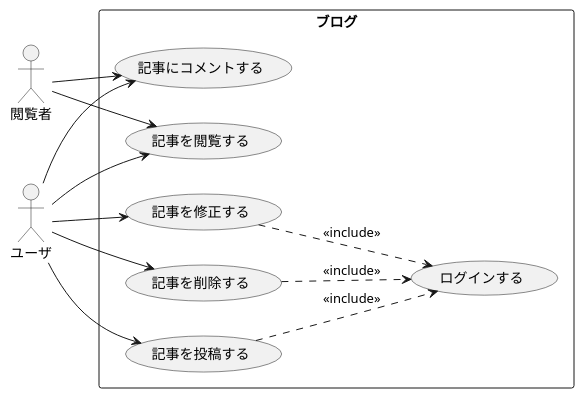
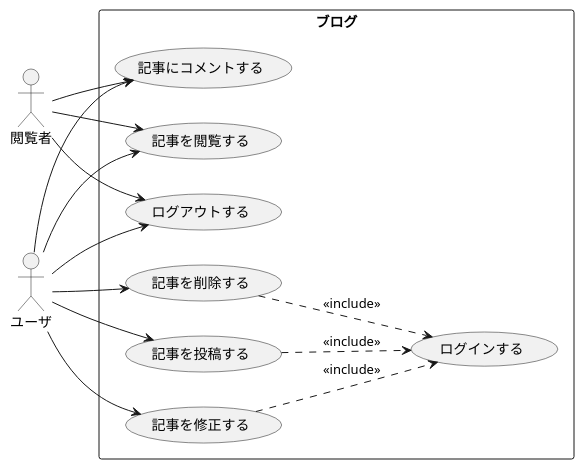
Before and after one commit to zunda-cafe/zunda-devstudy-doc: the diagram in source/ed/use_case.rst, drawn with PlantUML. The commit also changed other lines of this file and 5 other files, not shown here.

```diff
--- a/source/ed/use_case.rst
+++ b/source/ed/use_case.rst
@@ -44,29 +48,32 @@
 .. uml::
 
   @startuml
   left to right direction
   skinparam packageStyle rect
 
   actor :閲覧者: as Visitor
   actor :ユーザ: as User
 
   rectangle "ブログ" {
     usecase (ログインする) as Login
     usecase (記事を閲覧する) as ViewArticle
     usecase (記事を投稿する) as EntryArticle
     usecase (記事を修正する) as ModifyArticle
     usecase (記事を削除する) as RemoveArticle
     usecase (記事にコメントする) as EntryComment
+    usecase (ログアウトする) as Logout
     EntryArticle ..> Login : <<include>>
     ModifyArticle ..> Login : <<include>>
     RemoveArticle ..> Login : <<include>>
     User --> EntryArticle
     User --> ModifyArticle
     User --> RemoveArticle
     User --> EntryComment
     Visitor --> EntryComment
     User --> ViewArticle
     Visitor --> ViewArticle
+    User --> Logout
+    Visitor --> Logout
   }
 
   @enduml
```
